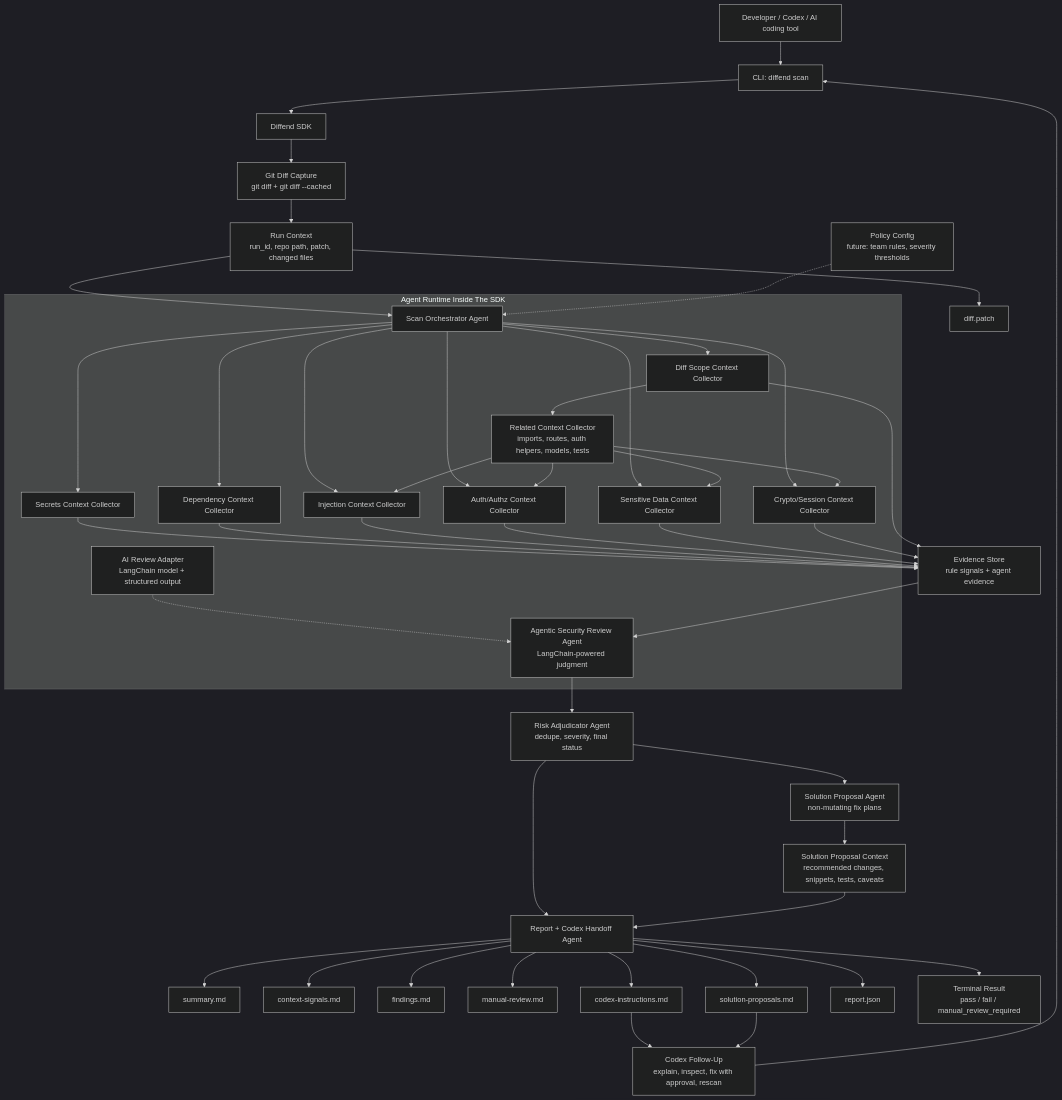
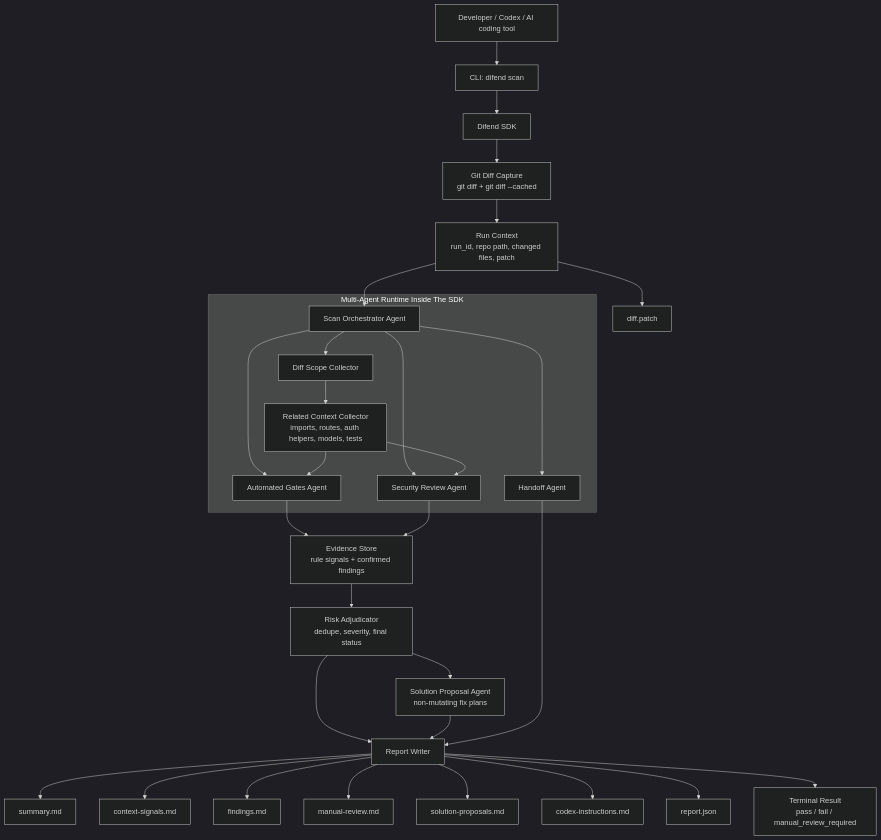
The first of 2 diagrams in README.md (VietToan210904/diffend), drawn with Mermaid (dark theme) before and after one commit. The commit also changed other lines of this file, not shown here.

````diff
--- a/README.md
+++ b/README.md
@@ -49,58 +49,38 @@
 ```mermaid
 flowchart TD
-  Developer["Developer / Codex / AI coding tool"] --> CLI["CLI: diffend scan"]
-  CLI --> SDK["Diffend SDK"]
+  Dev["Developer / Codex / AI coding tool"] --> CLI["CLI: difend scan"]
+  CLI --> SDK["Difend SDK"]
 
-  SDK --> DiffCapture["Git Diff Capture<br/>git diff + git diff --cached"]
-  DiffCapture --> RunContext["Run Context<br/>run_id, repo path, patch, changed files"]
+  SDK --> Capture["Git Diff Capture<br/>git diff + git diff --cached"]
+  Capture --> RunContext["Run Context<br/>run_id, repo path, changed files, patch"]
   RunContext --> PatchFile["diff.patch"]
   RunContext --> Orchestrator["Scan Orchestrator Agent"]
 
-  Config["Policy Config<br/>future: team rules, severity thresholds"] -.-> Orchestrator
+  subgraph Runtime["Multi-Agent Runtime Inside The SDK"]
+    Orchestrator --> Scope["Diff Scope Collector"]
+    Orchestrator --> Gates["Automated Gates Agent"]
+    Orchestrator --> Review["Security Review Agent"]
+    Orchestrator --> Handoff["Handoff Agent"]
 
-  subgraph Runtime["Agent Runtime Inside The SDK"]
-    Orchestrator --> Scope["Diff Scope Context Collector"]
-    Orchestrator --> Secrets["Secrets Context Collector"]
-    Orchestrator --> Dependencies["Dependency Context Collector"]
-    Orchestrator --> Injection["Injection Context Collector"]
-    Orchestrator --> Authz["Auth/Authz Context Collector"]
-    Orchestrator --> SensitiveData["Sensitive Data Context Collector"]
-    Orchestrator --> CryptoSession["Crypto/Session Context Collector"]
-
-    Scope --> RelatedContext["Related Context Collector<br/>imports, routes, auth helpers, models, tests"]
-    RelatedContext --> Injection
-    RelatedContext --> Authz
-    RelatedContext --> SensitiveData
-    RelatedContext --> CryptoSession
-
-    AIAdapter["AI Review Adapter<br/>LangChain model + structured output"] -.-> AgenticReview
+    Scope --> Related["Related Context Collector<br/>imports, routes, auth helpers, models, tests"]
+    Related --> Gates
+    Related --> Review
   end
 
-  Secrets --> EvidenceStore["Evidence Store<br/>rule signals + agent evidence"]
-  Dependencies --> EvidenceStore
-  Injection --> EvidenceStore
-  Authz --> EvidenceStore
-  SensitiveData --> EvidenceStore
-  CryptoSession --> EvidenceStore
-  Scope --> EvidenceStore
-
-  EvidenceStore --> AgenticReview["Agentic Security Review Agent<br/>LangChain-powered judgment"]
-  AgenticReview --> Adjudicator["Risk Adjudicator Agent<br/>dedupe, severity, final status"]
-  Adjudicator --> SolutionProposal["Solution Proposal Agent<br/>non-mutating fix plans"]
-  SolutionProposal --> ProposalContext["Solution Proposal Context<br/>recommended changes, snippets, tests, caveats"]
-  Adjudicator --> Reporter["Report + Codex Handoff Agent"]
-  ProposalContext --> Reporter
+  Gates --> Evidence["Evidence Store<br/>rule signals + confirmed findings"]
+  Review --> Evidence
+  Evidence --> Adjudicator["Risk Adjudicator<br/>dedupe, severity, final status"]
+  Adjudicator --> Solutions["Solution Proposal Agent<br/>non-mutating fix plans"]
+  Adjudicator --> Reporter["Report Writer"]
+  Solutions --> Reporter
+  Handoff --> Reporter
 
   Reporter --> Summary["summary.md"]
-  Reporter --> ContextSignals["context-signals.md"]
+  Reporter --> Signals["context-signals.md"]
   Reporter --> Findings["findings.md"]
   Reporter --> Manual["manual-review.md"]
-  Reporter --> Solutions["solution-proposals.md"]
-  Reporter --> CodexInstructions["codex-instructions.md"]
-  Reporter --> JsonReport["report.json"]
+  Reporter --> Proposals["solution-proposals.md"]
+  Reporter --> Codex["codex-instructions.md"]
+  Reporter --> Json["report.json"]
   Reporter --> Terminal["Terminal Result<br/>pass / fail / manual_review_required"]
-
-  CodexInstructions --> FollowUp["Codex Follow-Up<br/>explain, inspect, fix with approval, rescan"]
-  Solutions --> FollowUp
-  FollowUp --> CLI
 ```
````
